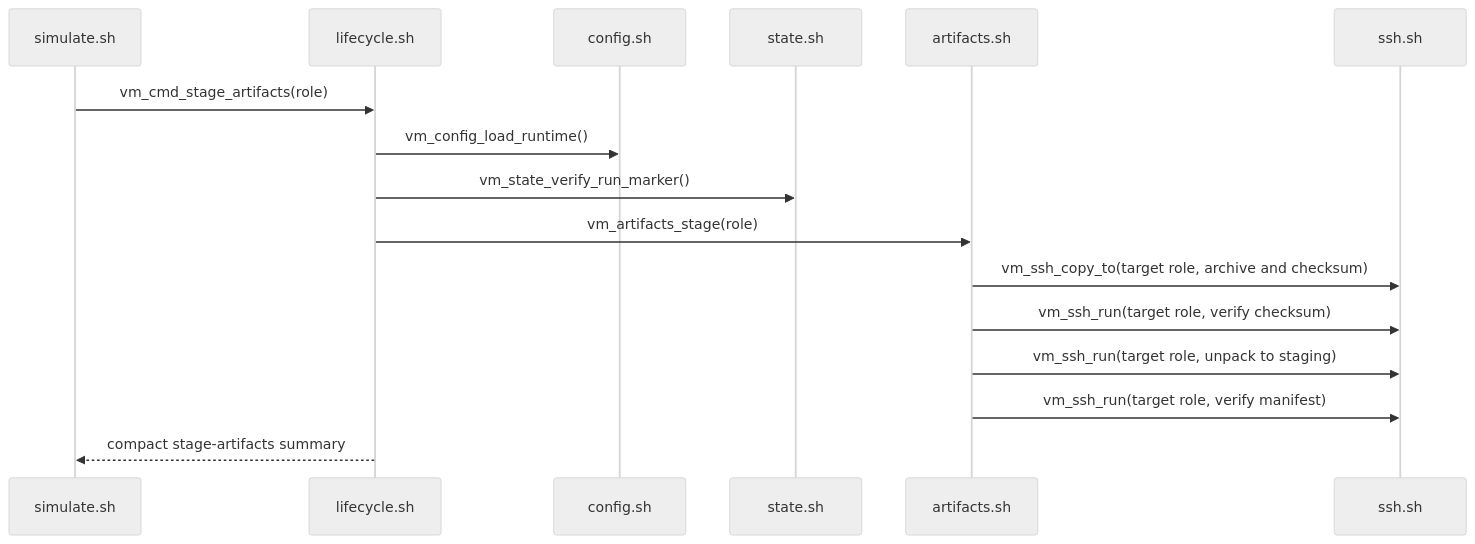
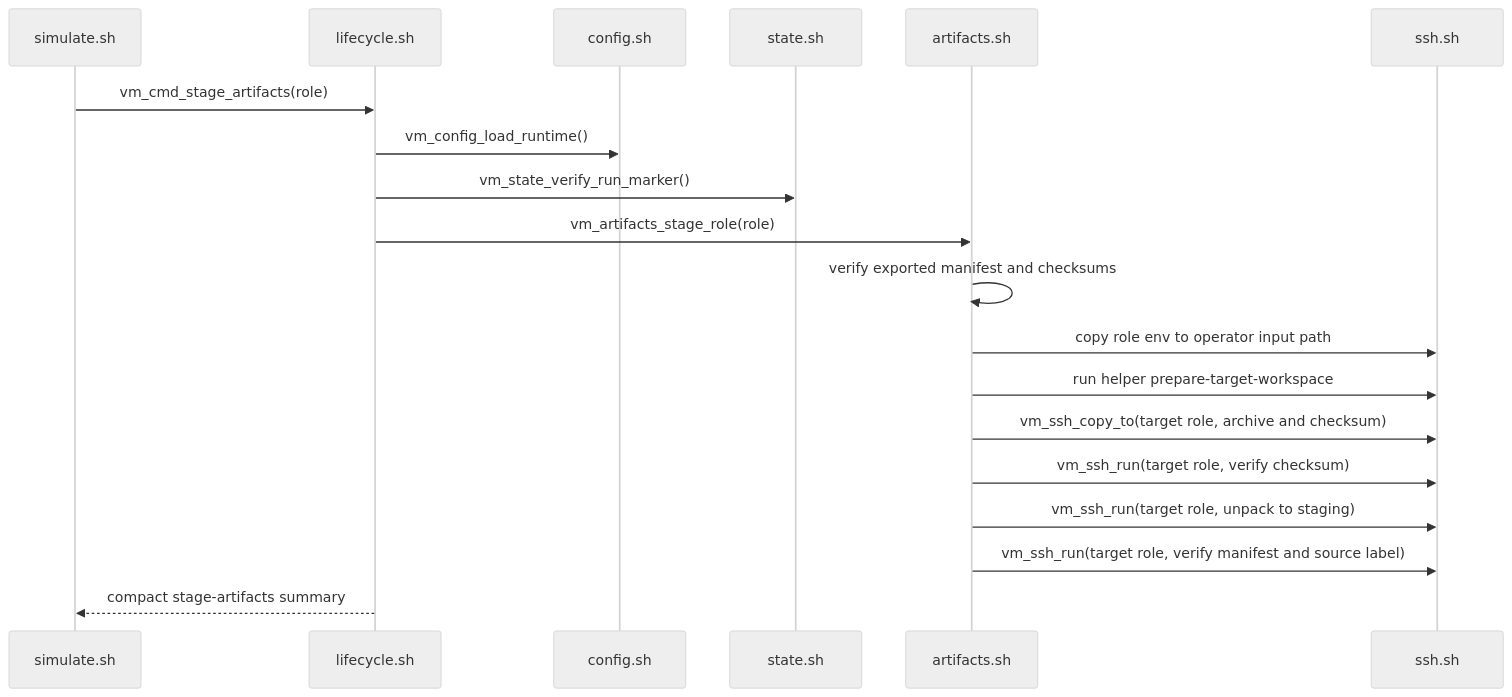
Before and after one commit to NoNine/loopforge: the eighth of 19 diagrams in simulation/vm/sequences.md, drawn with Mermaid (neutral theme). The commit also changed other lines of this file and 10 other files, not shown here.

````diff
--- a/simulation/vm/sequences.md
+++ b/simulation/vm/sequences.md
@@ -161,19 +164,22 @@
 ```mermaid
 sequenceDiagram
   participant CLI as simulate.sh
   participant LC as lifecycle.sh
   participant CFG as config.sh
   participant ST as state.sh
   participant ART as artifacts.sh
   participant SSH as ssh.sh
 
   CLI->>LC: vm_cmd_stage_artifacts(role)
   LC->>CFG: vm_config_load_runtime()
   LC->>ST: vm_state_verify_run_marker()
-  LC->>ART: vm_artifacts_stage(role)
+  LC->>ART: vm_artifacts_stage_role(role)
+  ART->>ART: verify exported manifest and checksums
+  ART->>SSH: copy role env to operator input path
+  ART->>SSH: run helper prepare-target-workspace
   ART->>SSH: vm_ssh_copy_to(target role, archive and checksum)
   ART->>SSH: vm_ssh_run(target role, verify checksum)
   ART->>SSH: vm_ssh_run(target role, unpack to staging)
-  ART->>SSH: vm_ssh_run(target role, verify manifest)
+  ART->>SSH: vm_ssh_run(target role, verify manifest and source label)
   LC-->>CLI: compact stage-artifacts summary
 ```
````
